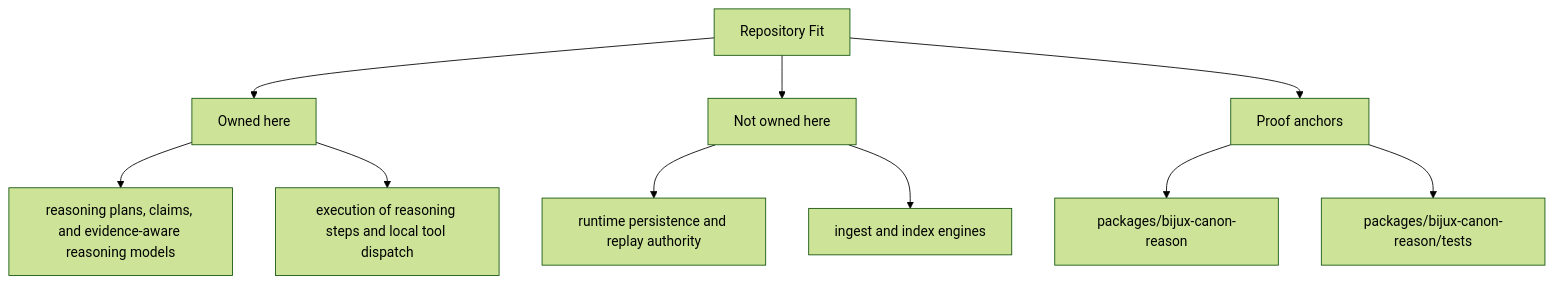
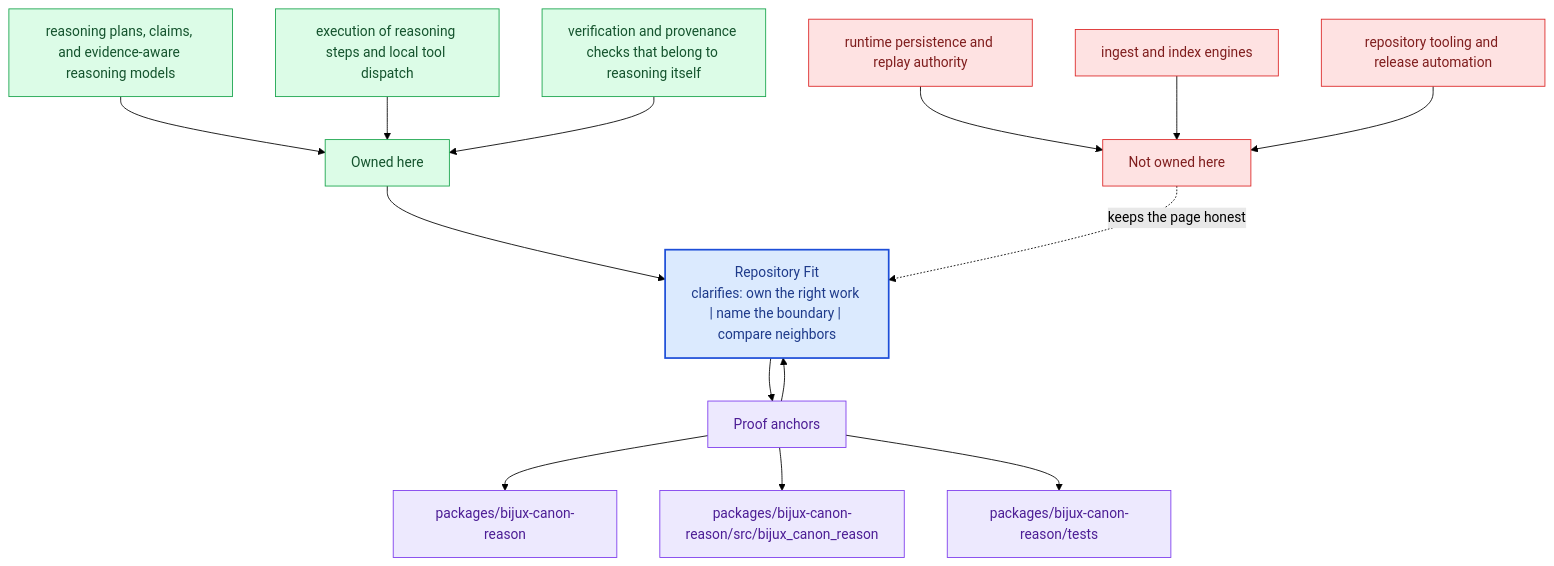
One commit to bijux/bijux-canon changed the second of 2 diagrams in docs/bijux-canon-reason/foundation/repository-fit.md. Above: the diagram before and after it, drawn with Mermaid (forest theme). The commit also changed other lines of this file and 281 other files, not shown here.

Commit message:
docs(diagrams): deepen handbook mermaid maps across the catalog

````diff
--- a/docs/bijux-canon-reason/foundation/repository-fit.md
+++ b/docs/bijux-canon-reason/foundation/repository-fit.md
@@ -36,22 +69,40 @@
 ```mermaid
-flowchart TD
-    page["Repository Fit"]
+flowchart TB
+    promise["Repository Fit<br/>clarifies: own the right work | name the boundary | compare neighbors"]
+    classDef promise fill:#dbeafe,stroke:#1d4ed8,color:#1e3a8a,stroke-width:2px;
+    classDef driver fill:#dcfce7,stroke:#16a34a,color:#14532d;
+    classDef constraint fill:#fee2e2,stroke:#dc2626,color:#7f1d1d;
+    classDef ground fill:#ede9fe,stroke:#7c3aed,color:#4c1d95;
     focus1["Owned here"]
-    page --> focus1
+    focus1 --> promise
     focus1_1["reasoning plans, claims, and evidence-aware reasoning models"]
-    focus1 --> focus1_1
+    focus1_1 --> focus1
     focus1_2["execution of reasoning steps and local tool dispatch"]
-    focus1 --> focus1_2
+    focus1_2 --> focus1
+    focus1_3["verification and provenance checks that belong to reasoning itself"]
+    focus1_3 --> focus1
+    class focus1 driver;
+    class focus1_1,focus1_2,focus1_3 driver;
     focus2["Not owned here"]
-    page --> focus2
+    focus2 -.keeps the page honest.-> promise
     focus2_1["runtime persistence and replay authority"]
-    focus2 --> focus2_1
+    focus2_1 --> focus2
     focus2_2["ingest and index engines"]
-    focus2 --> focus2_2
+    focus2_2 --> focus2
+    focus2_3["repository tooling and release automation"]
+    focus2_3 --> focus2
+    class focus2 constraint;
+    class focus2_1,focus2_2,focus2_3 constraint;
     focus3["Proof anchors"]
-    page --> focus3
+    focus3 --> promise
+    promise --> focus3
     focus3_1["packages/bijux-canon-reason"]
     focus3 --> focus3_1
-    focus3_2["packages/bijux-canon-reason/tests"]
+    focus3_2["packages/bijux-canon-reason/src/bijux_canon_reason"]
     focus3 --> focus3_2
+    focus3_3["packages/bijux-canon-reason/tests"]
+    focus3 --> focus3_3
+    class focus3 ground;
+    class focus3_1,focus3_2,focus3_3 ground;
+    class promise promise;
 ```
````
